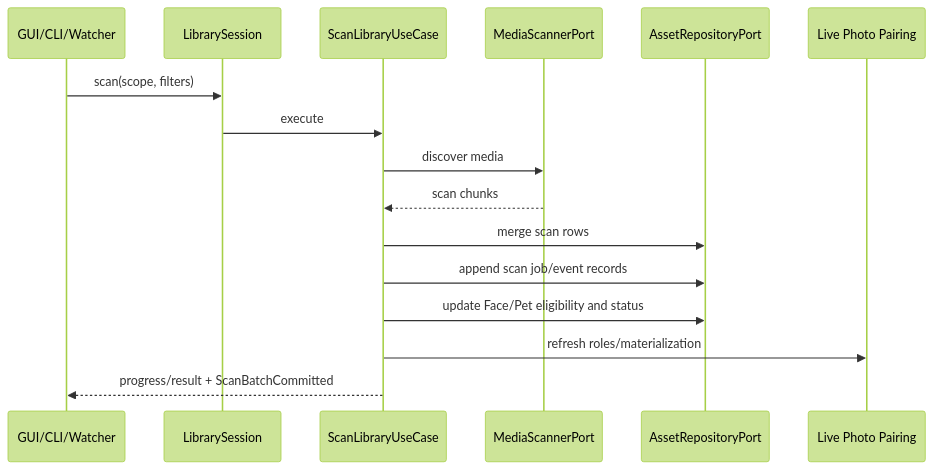
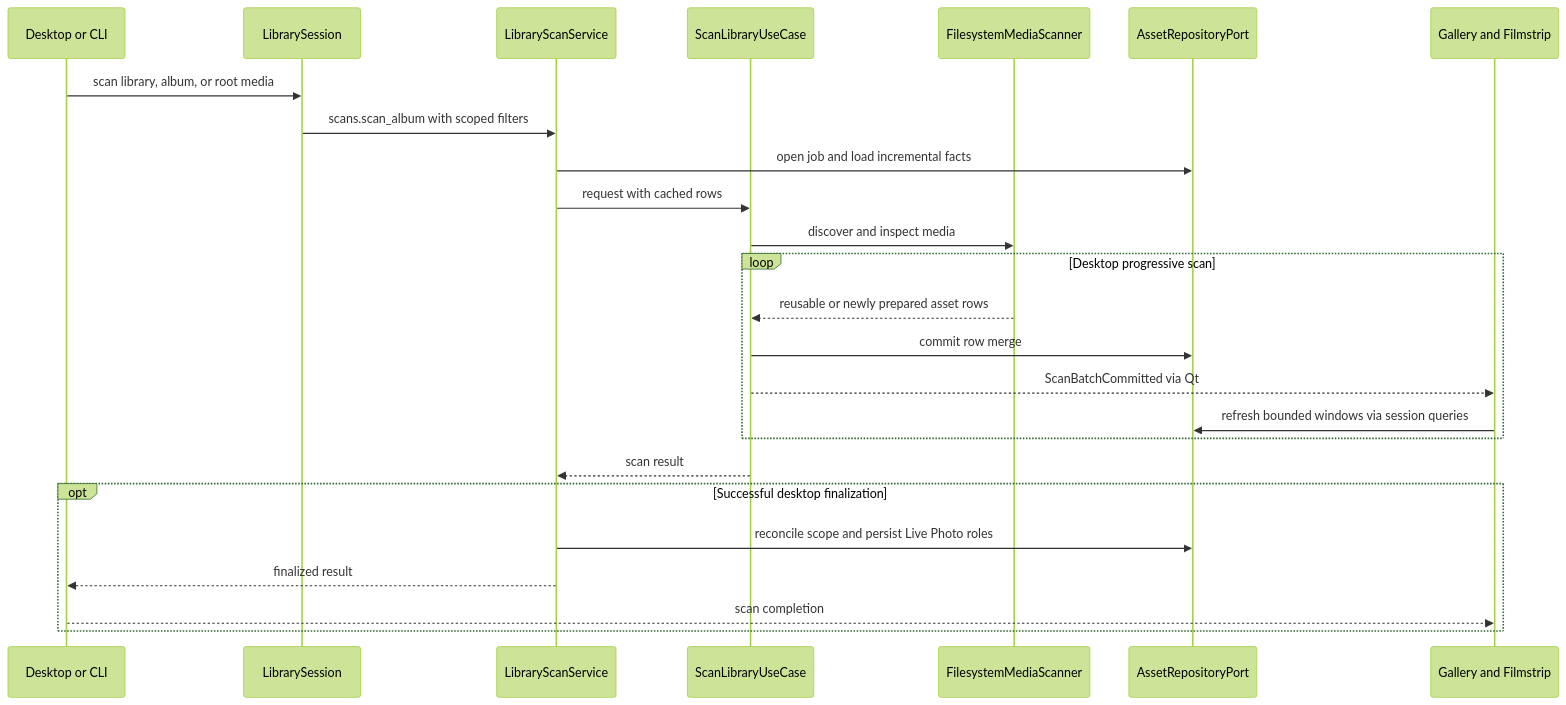
Before and after one commit to OliverZhaohaibin/iPhotron-LocalPhotoAlbumManager: the fifth of 7 diagrams in docs/architecture.md, drawn with Mermaid (forest theme). The commit also changed other lines of this file and 19 other files, not shown here.

````diff
--- a/docs/architecture.md
+++ b/docs/architecture.md
@@ -789,19 +808,28 @@
 ```mermaid
 sequenceDiagram
-    participant Trigger as GUI/CLI/Watcher
+    participant Trigger as Desktop or CLI
     participant Session as LibrarySession
+    participant Service as LibraryScanService
     participant Scan as ScanLibraryUseCase
-    participant Scanner as MediaScannerPort
+    participant Scanner as FilesystemMediaScanner
     participant Repo as AssetRepositoryPort
-    participant Pairing as Live Photo Pairing
+    participant Gallery as Gallery and Filmstrip
 
-    Trigger->>Session: scan(scope, filters)
-    Session->>Scan: execute
-    Scan->>Scanner: discover media
-    Scanner-->>Scan: scan chunks
-    Scan->>Repo: merge scan rows
-    Scan->>Repo: append scan job/event records
-    Scan->>Repo: update Face/Pet eligibility and status
-    Scan->>Pairing: refresh roles/materialization
-    Scan-->>Trigger: progress/result + ScanBatchCommitted
+    Trigger->>Session: scan library, album, or root media
+    Session->>Service: scans.scan_album with scoped filters
+    Service->>Repo: open job and load incremental facts
+    Service->>Scan: request with cached rows
+    Scan->>Scanner: discover and inspect media
+    loop Desktop progressive scan
+        Scanner-->>Scan: reusable or newly prepared asset rows
+        Scan->>Repo: commit row merge
+        Scan-->>Gallery: ScanBatchCommitted via Qt
+        Gallery->>Repo: refresh bounded windows via session queries
+    end
+    Scan-->>Service: scan result
+    opt Successful desktop finalization
+        Service->>Repo: reconcile scope and persist Live Photo roles
+        Service-->>Trigger: finalized result
+        Trigger-->>Gallery: scan completion
+    end
 ```
````
